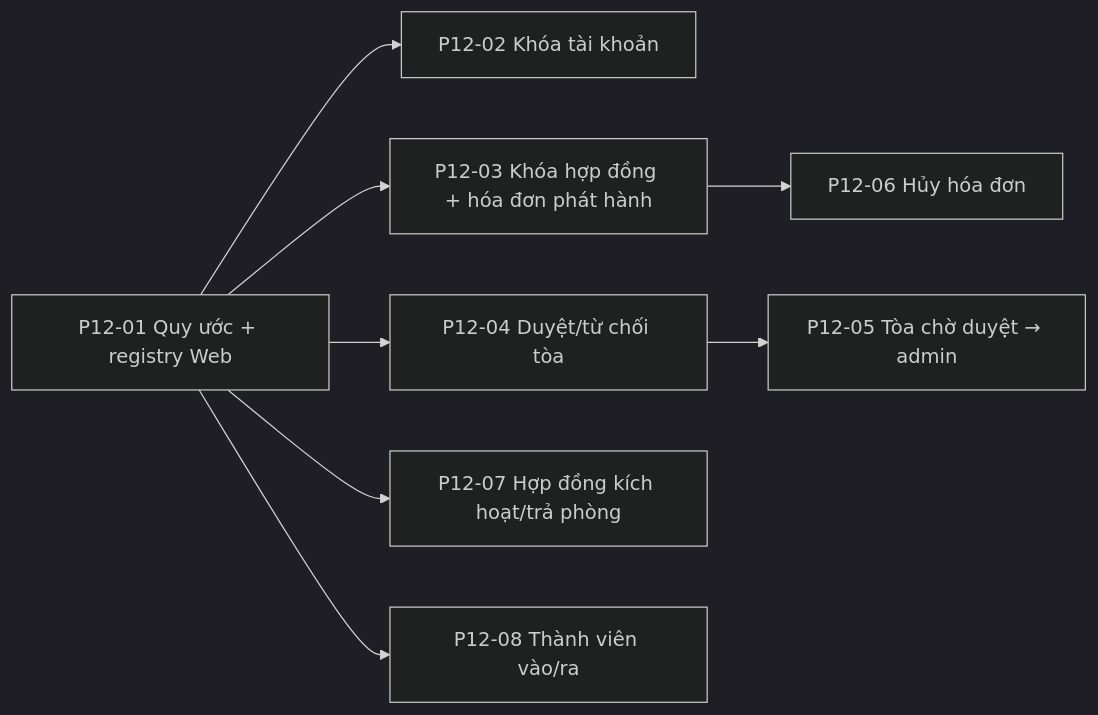
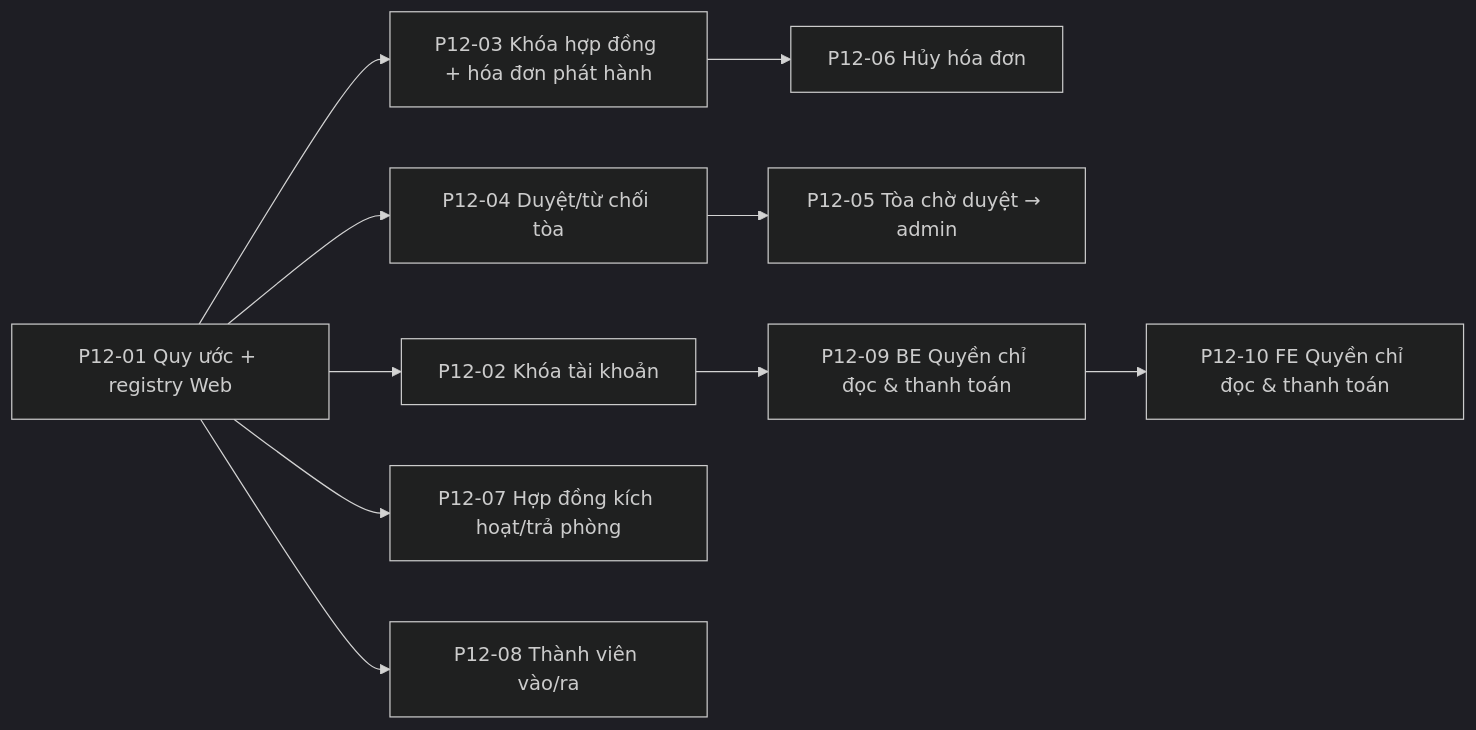
The diagram in phase-12/README.md (pbl6-home-renter/docs), drawn with Mermaid (dark theme) before and after one commit. The commit also changed other lines of this file and 4 other files, not shown here.

````diff
--- a/phase-12/README.md
+++ b/phase-12/README.md
@@ -16,10 +16,12 @@
 ```mermaid
 flowchart LR
   P01[P12-01 Quy ước + registry Web] --> P02[P12-02 Khóa tài khoản]
   P01 --> P03[P12-03 Khóa hợp đồng + hóa đơn phát hành]
   P01 --> P04[P12-04 Duyệt/từ chối tòa]
   P01 --> P07[P12-07 Hợp đồng kích hoạt/trả phòng]
   P01 --> P08[P12-08 Thành viên vào/ra]
   P03 --> P06[P12-06 Hủy hóa đơn]
   P04 --> P05[P12-05 Tòa chờ duyệt → admin]
+  P02 --> P09[P12-09 BE Quyền chỉ đọc & thanh toán]
+  P09 --> P10[P12-10 FE Quyền chỉ đọc & thanh toán]
 ```
````
